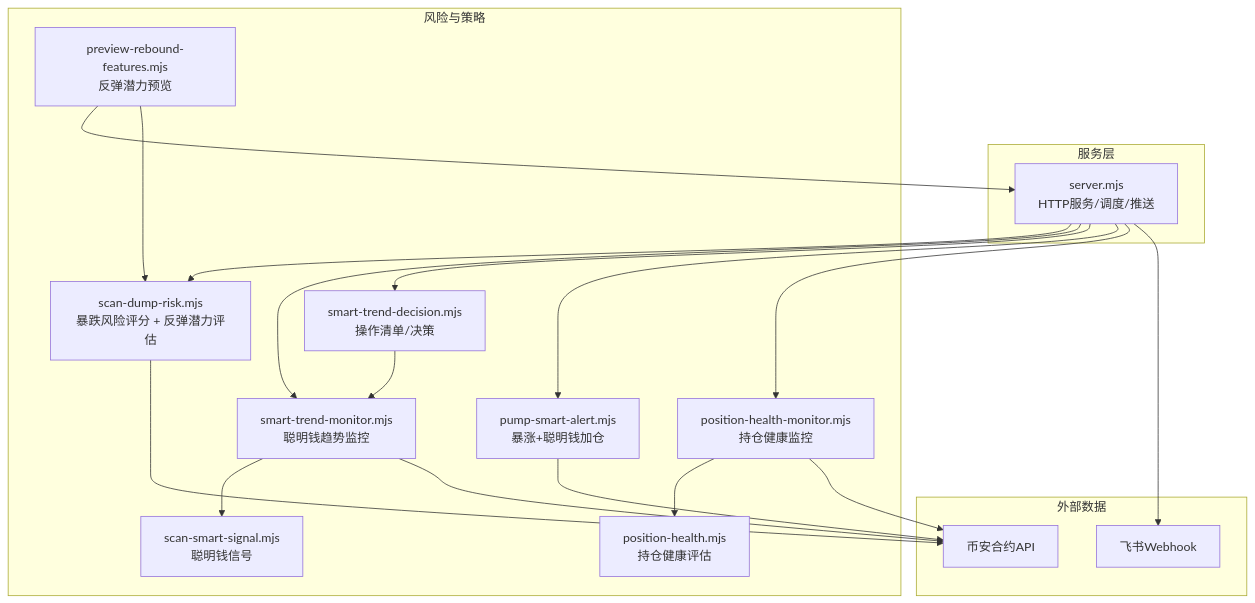
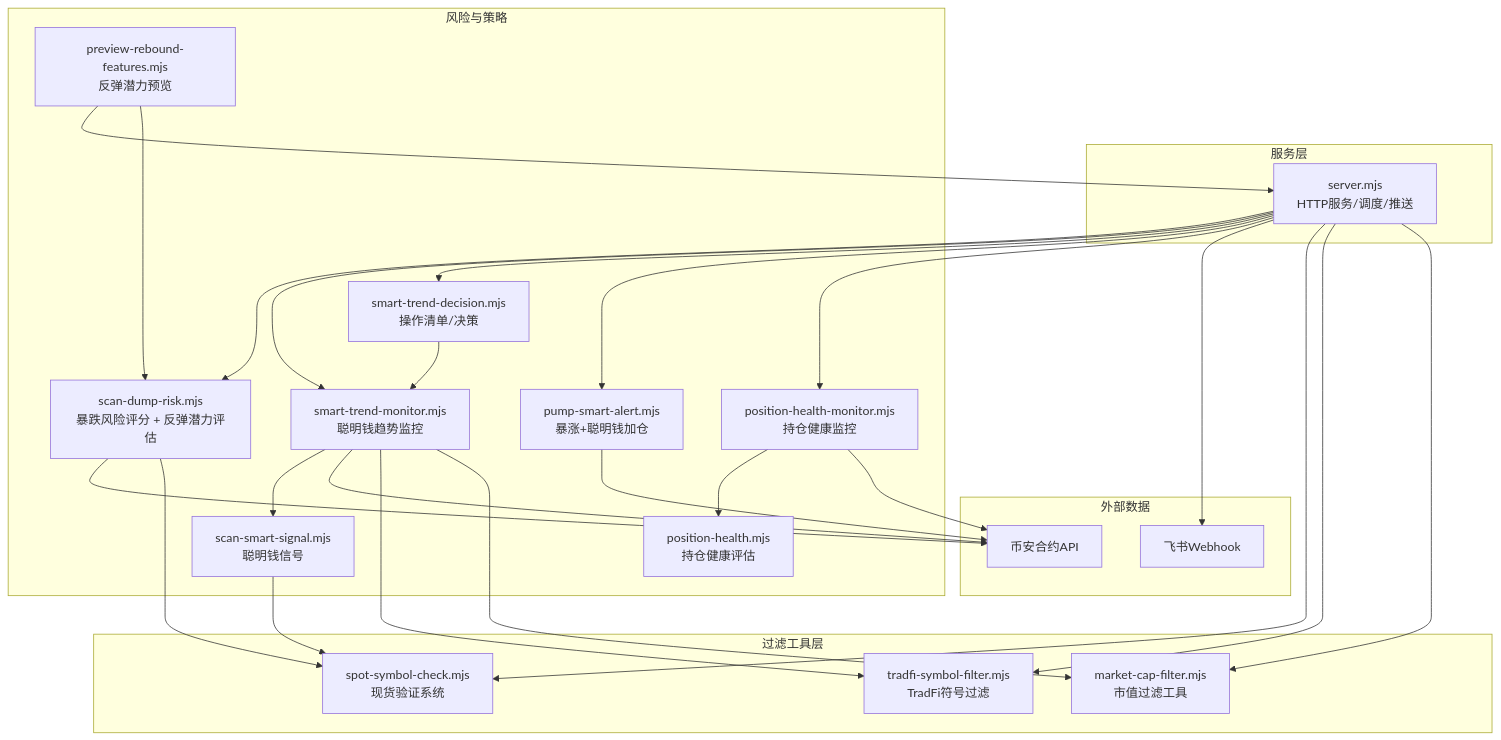
One commit to kekexilinan/BinaceSmart changed the first of 10 diagrams in .qoder/repowiki/zh/content/核心功能模块/暴跌风险预警.md. Above: the diagram before and after it, drawn with Mermaid. The commit also changed other lines of this file and 63 other files, not shown here.

````diff
--- a/.qoder/repowiki/zh/content/核心功能模块/暴跌风险预警.md
+++ b/.qoder/repowiki/zh/content/核心功能模块/暴跌风险预警.md
@@ -63,35 +70,47 @@
 ```mermaid
 graph TB
 subgraph "服务层"
 S["server.mjs<br/>HTTP服务/调度/推送"]
 end
 subgraph "风险与策略"
 D["scan-dump-risk.mjs<br/>暴跌风险评分 + 反弹潜力评估"]
 T["smart-trend-monitor.mjs<br/>聪明钱趋势监控"]
 J["smart-trend-decision.mjs<br/>操作清单/决策"]
 P["pump-smart-alert.mjs<br/>暴涨+聪明钱加仓"]
 H["position-health-monitor.mjs<br/>持仓健康监控"]
 PH["position-health.mjs<br/>持仓健康评估"]
 SS["scan-smart-signal.mjs<br/>聪明钱信号"]
 PR["preview-rebound-features.mjs<br/>反弹潜力预览"]
+end
+subgraph "过滤工具层"
+SP["spot-symbol-check.mjs<br/>现货验证系统"]
+TF["tradfi-symbol-filter.mjs<br/>TradFi符号过滤"]
+MC["market-cap-filter.mjs<br/>市值过滤工具"]
 end
 subgraph "外部数据"
 B["币安合约API"]
 F["飞书Webhook"]
 end
 S --> D
 S --> T
 S --> J
 S --> P
 S --> H
 H --> PH
 T --> SS
 D --> B
 T --> B
 J --> T
 P --> B
 H --> B
 S --> F
 PR --> S
 PR --> D
+D --> SP
+SS --> SP
+T --> TF
+T --> MC
+S --> SP
+S --> TF
+S --> MC
 ```
````
